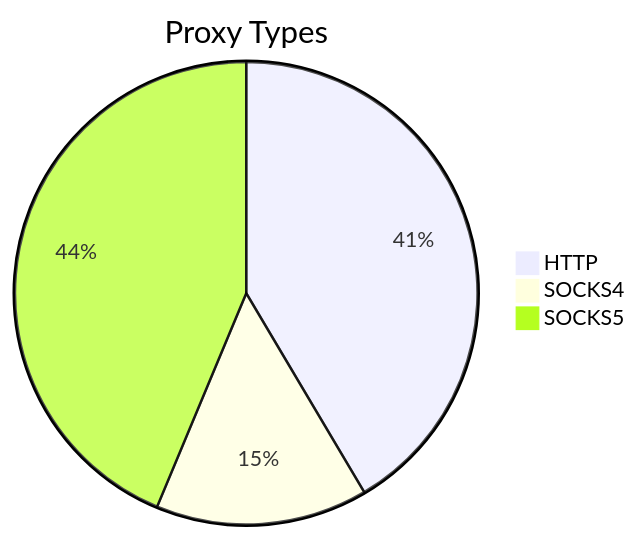
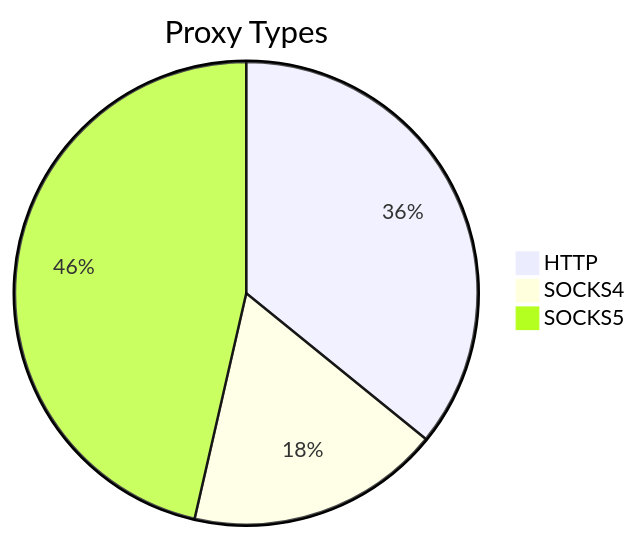
One commit to stormsia/proxy-list changed the first of 2 diagrams in README.md. Above: the diagram before and after it, drawn with Mermaid. The commit also changed other lines of this file, not shown here.

````diff
--- a/README.md
+++ b/README.md
@@ -21,6 +21,6 @@
 ```mermaid
 pie title Proxy Types
-    "HTTP" : 112
-    "SOCKS4" : 40
-    "SOCKS5" : 118
+    "HTTP" : 180
+    "SOCKS4" : 89
+    "SOCKS5" : 233
 ```
````
